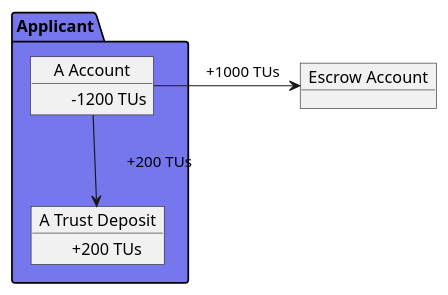
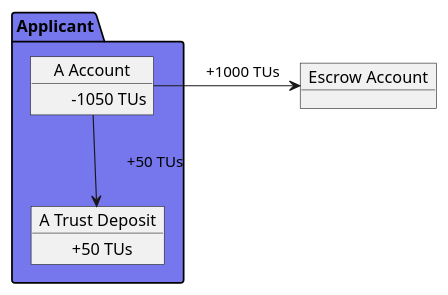
Before and after one commit to verana-labs/verana-docs: the fourth of 5 diagrams in docs/learn/verifiable-public-registry/60-onboarding-participants.md, drawn with PlantUML. The commit also changed other lines of this file and 7 other files, not shown here.

````diff
--- a/docs/learn/verifiable-public-registry/60-onboarding-participants.md
+++ b/docs/learn/verifiable-public-registry/60-onboarding-participants.md
@@ -227,26 +227,26 @@
 ```plantuml
 
 @startuml
 scale max 1200 width
  
 
 
 package "Applicant" as issuer #7677ed {
     object "A Account" as issuera {
-         \t-1200 TUs
+         \t-1050 TUs
     }
     object "A Trust Deposit" as issuertd {
-         \t+200 TUs
+         \t+50 TUs
     }
 
 }
 
 object "Escrow Account" as escrow
 
 issuera -r-> escrow: \t+1000 TUs
-issuera --> issuertd:  \t+200 TUs
+issuera --> issuertd:  \t+50 TUs
 
 
 @enduml
 
 ```
````
